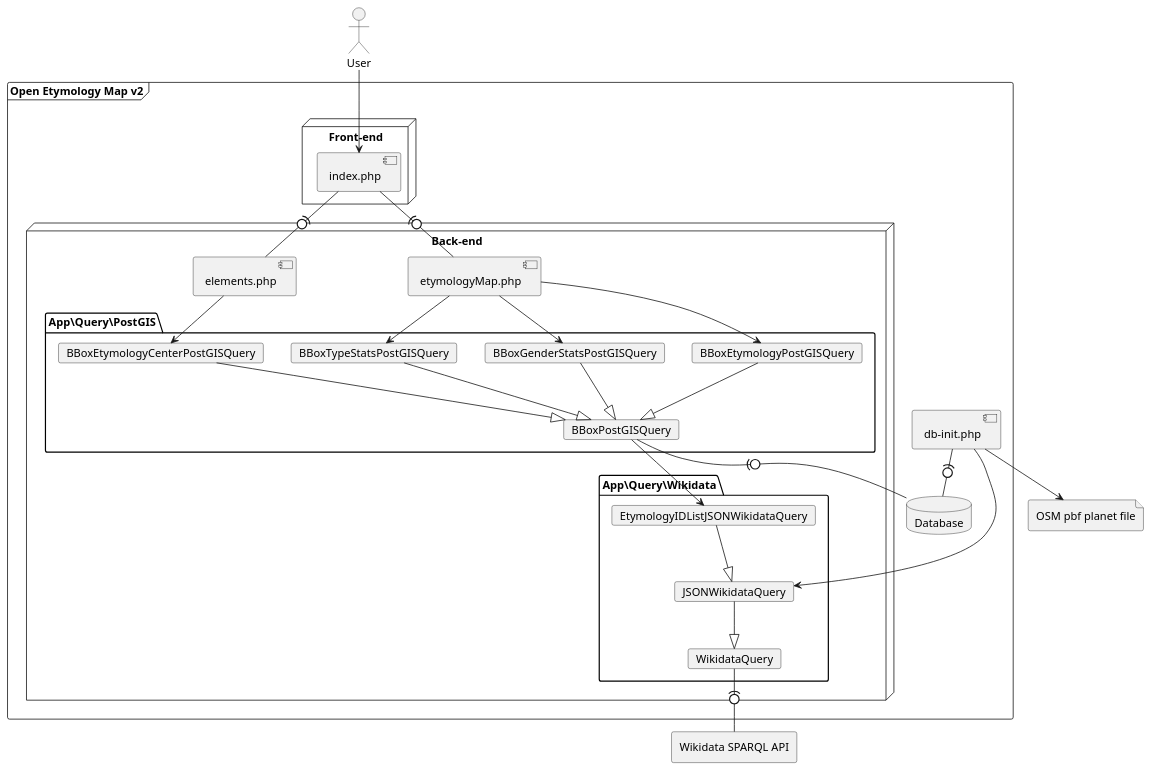
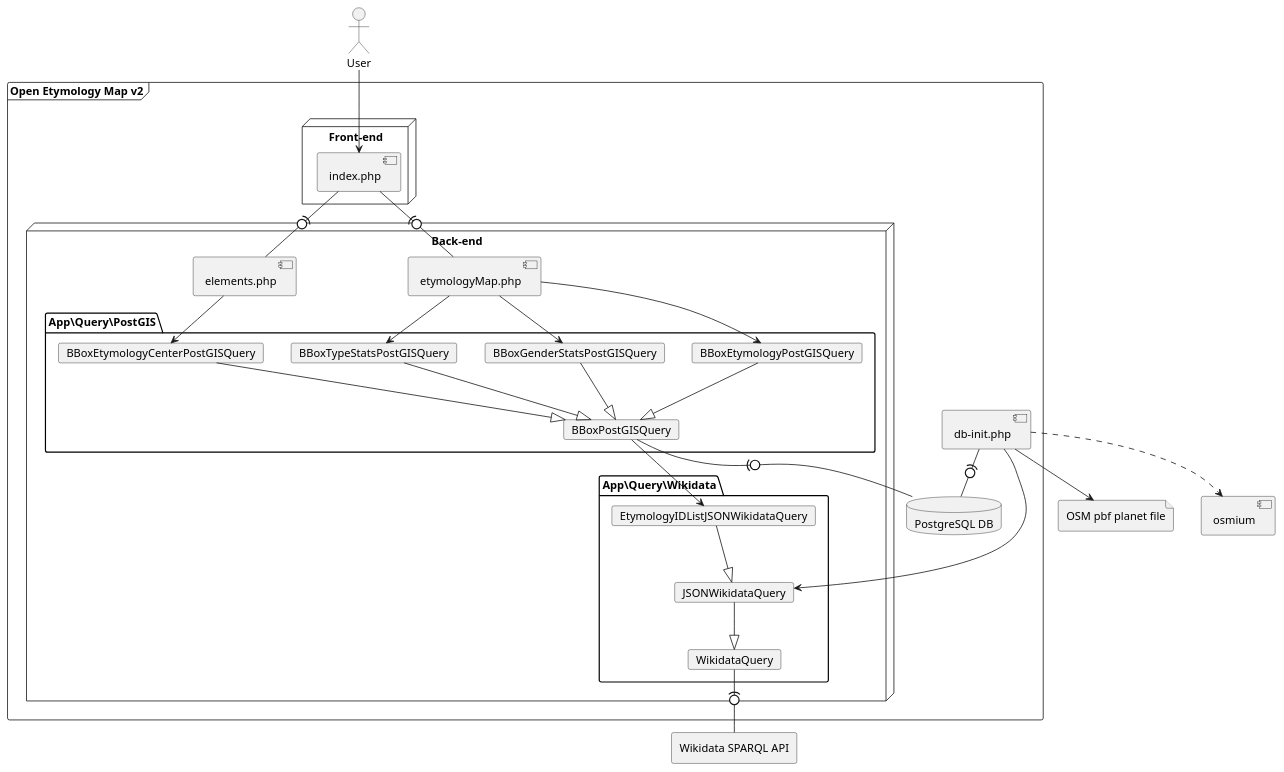
Before and after one commit to Danysan1/osm-wikidata-map-framework: the second of 3 diagrams in CONTRIBUTING.md, drawn with PlantUML. The commit also changed other lines of this file, not shown here.

Commit message:
Fix CONTRIBUTING graph

````diff
--- a/CONTRIBUTING.md
+++ b/CONTRIBUTING.md
@@ -194,56 +194,58 @@
 ```plantuml
 @startuml oem_v2
 actor user as "User"
 file pbf as "OSM pbf planet file"
+component osmium
 frame oem as "Open Etymology Map v2" {
-    database db as "Database"
+    database db as "PostgreSQL DB"
     component init as "db-init.php"
     node "Front-end" {
         component index as "index.php"
     }
     node "Back-end" {
         component etymologyMap as "etymologyMap.php"
         component elements as "elements.php"
         package "App\Query\PostGIS" {
             card BBoxEtymologyPostGISQuery
             card BBoxGenderStatsPostGISQuery
             card BBoxTypeStatsPostGISQuery
             card BBoxEtymologyCenterPostGISQuery
             card BBoxPostGISQuery
         }
         package "App\Query\Wikidata" {
             card EtymologyIDListJSONWikidataQuery
             card JSONWikidataQuery
             card WikidataQuery
         }
     }
 }
 agent wikidata as "Wikidata SPARQL API"
 
 user --> index
 index -(0- etymologyMap
 index -(0- elements
 
 etymologyMap --> BBoxEtymologyPostGISQuery
 etymologyMap --> BBoxGenderStatsPostGISQuery
 etymologyMap --> BBoxTypeStatsPostGISQuery
 elements --> BBoxEtymologyCenterPostGISQuery
 
 BBoxEtymologyPostGISQuery --^ BBoxPostGISQuery
 BBoxGenderStatsPostGISQuery --^ BBoxPostGISQuery
 BBoxTypeStatsPostGISQuery --^ BBoxPostGISQuery
 BBoxEtymologyCenterPostGISQuery --^ BBoxPostGISQuery
 
 EtymologyIDListJSONWikidataQuery --^ JSONWikidataQuery
 JSONWikidataQuery --^ WikidataQuery
 
 BBoxPostGISQuery -(0- db
 BBoxPostGISQuery --> EtymologyIDListJSONWikidataQuery
 
 WikidataQuery -(0- wikidata
 
 init -(0- db
+init ..> osmium
 init --> pbf
 init --> JSONWikidataQuery
 @enduml
 ```
````
